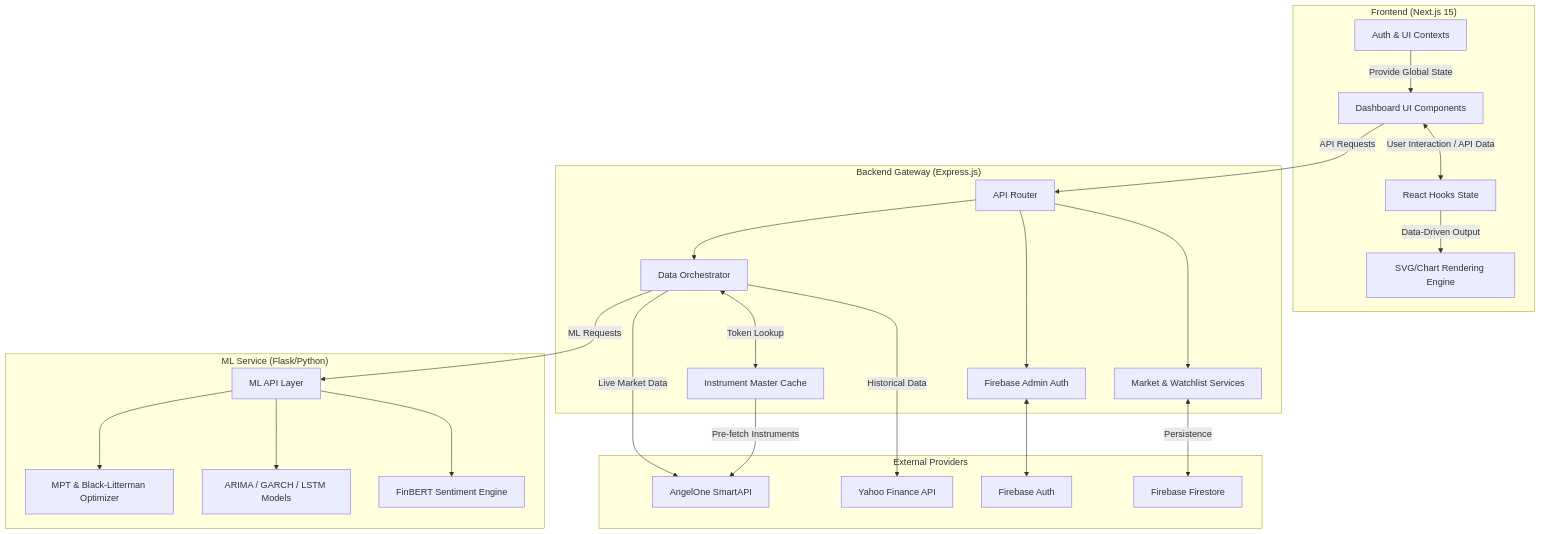
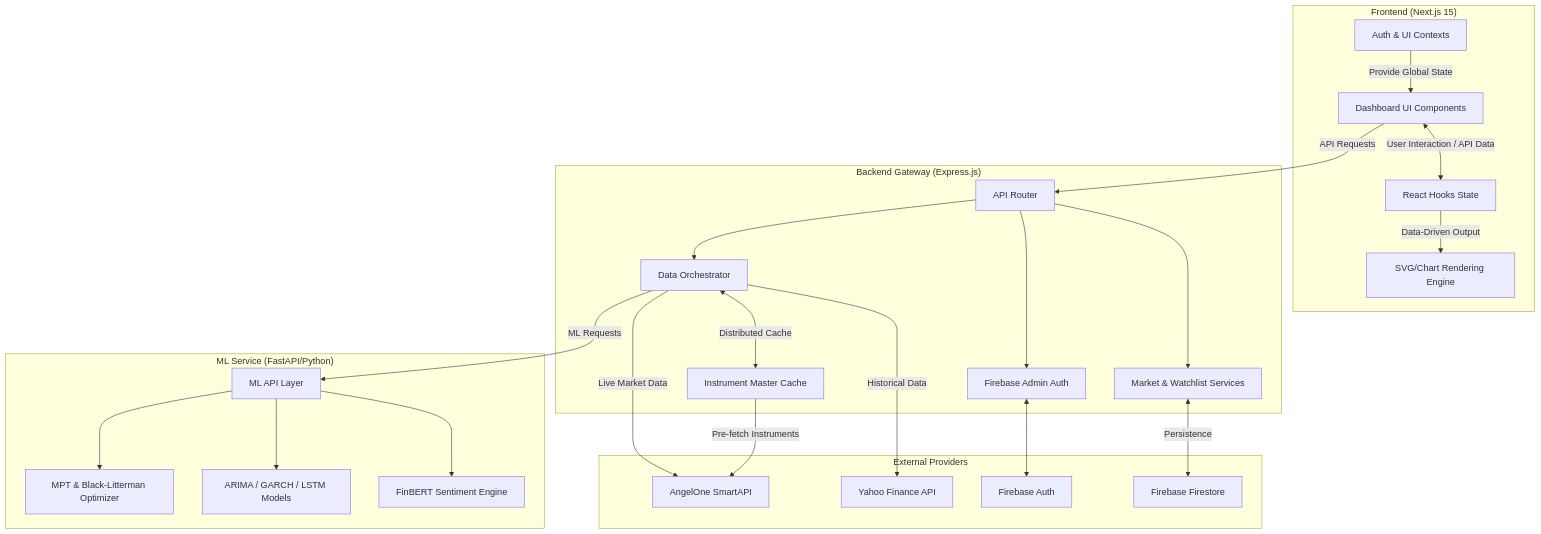
The diagram in README.md (ojhaprathmesh/AngelFive_DSFM_Repo), drawn with Mermaid before and after one commit. The commit also changed other lines of this file and 3 other files, not shown here.

````diff
--- a/README.md
+++ b/README.md
@@ -70,55 +70,55 @@
 ```mermaid
 graph TD
     subgraph "Frontend (Next.js 15)"
         Ctx[Auth & UI Contexts]
         UI[Dashboard UI Components]
         State[React Hooks State]
         Viz[SVG/Chart Rendering Engine]
 
         Ctx -->|Provide Global State| UI
         UI <-->|User Interaction / API Data| State
         State -->|Data-Driven Output| Viz
     end
 
     subgraph "Backend Gateway (Express.js)"
         Auth[Firebase Admin Auth]
         Router[API Router]
         Cache[Instrument Master Cache]
         Orch[Data Orchestrator]
         MarketSvc[Market & Watchlist Services]
 
         Router --> Auth
         Router --> Orch
         Router --> MarketSvc
-        Orch <-->|Token Lookup| Cache
+        Orch <-->|Distributed Cache| Cache
     end
 
-    subgraph "ML Service (Flask/Python)"
+    subgraph "ML Service (FastAPI/Python)"
         ML_API[ML API Layer]
         Optim[MPT & Black-Litterman Optimizer]
         TS[ARIMA / GARCH / LSTM Models]
         NLP[FinBERT Sentiment Engine]
 
         ML_API --> Optim
         ML_API --> TS
         ML_API --> NLP
     end
 
     subgraph "External Providers"
         A1[AngelOne SmartAPI]
         YF[Yahoo Finance API]
         FB_Auth[Firebase Auth]
         FB_Store[Firebase Firestore]
     end
 
     UI -->|API Requests| Router
 
     Orch -->|Historical Data| YF
     Orch -->|Live Market Data| A1
     Orch -->|ML Requests| ML_API
 
     Cache -->|Pre-fetch Instruments| A1
 
     Auth <--> FB_Auth
     MarketSvc <-->|Persistence| FB_Store
 ```
````
